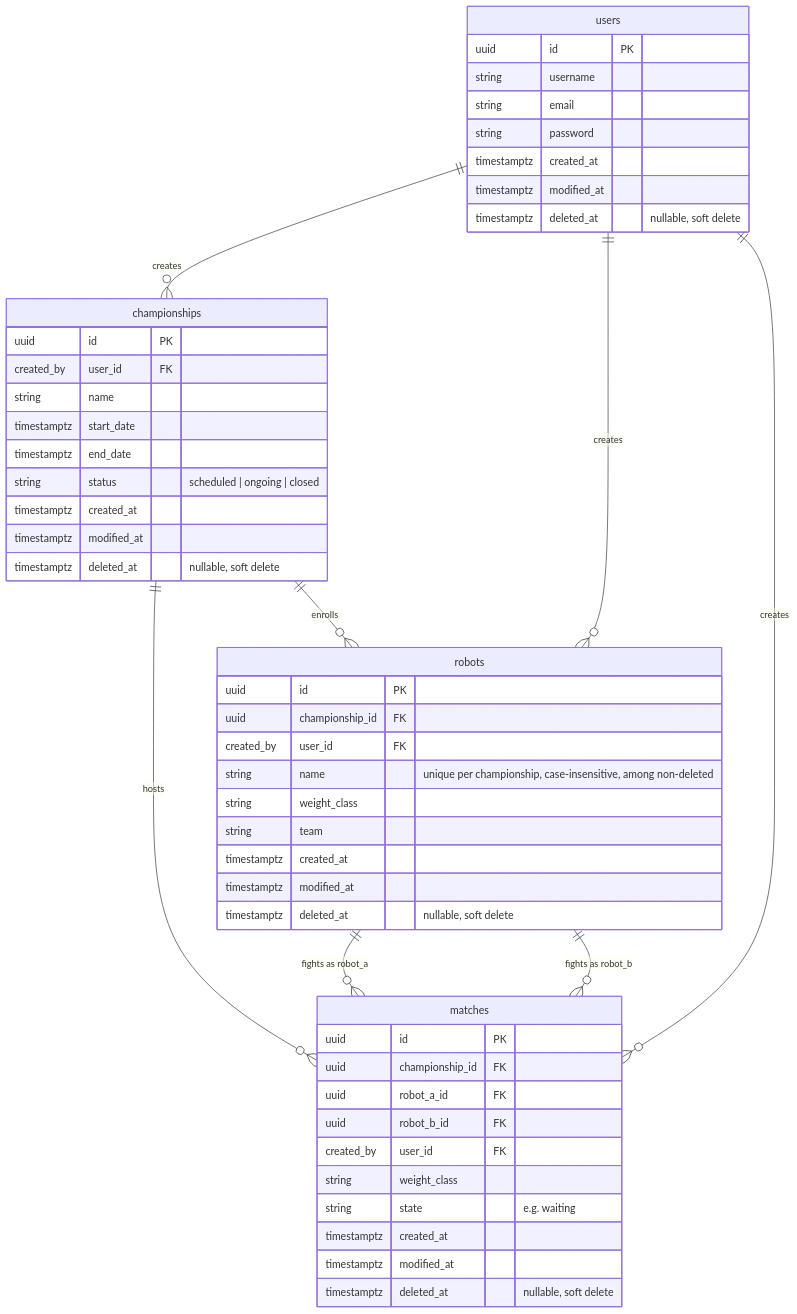
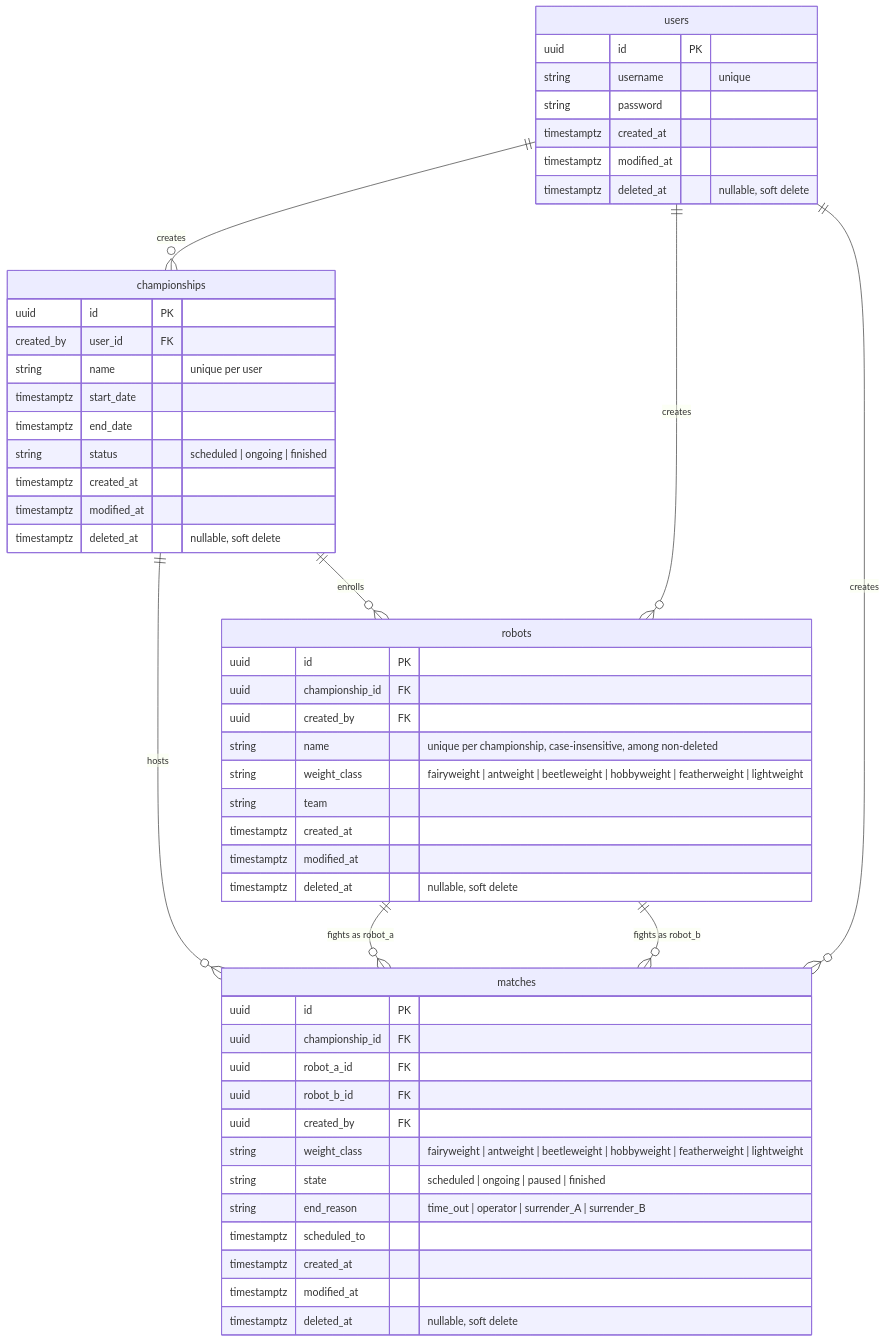
One commit to UTFPR-Oficinas-2/crossliseu changed the diagram in docs/database-model.md. Above: the diagram before and after it, drawn with Mermaid.

````diff
--- a/docs/database-model.md
+++ b/docs/database-model.md
@@ -1,60 +1,61 @@
 ```mermaid
 ---
 config:
   theme: default
   look: classic
   layout: dagre
 ---
 erDiagram
   championships ||--o{ robots : "enrolls"
   championships ||--o{ matches : "hosts"
   robots ||--o{ matches : "fights as robot_a"
   robots ||--o{ matches : "fights as robot_b"
   users ||--o{ championships : creates
   users ||--o{ matches : creates
   users ||--o{ robots : creates
 
   users {
     uuid id PK
-    string username
-    string email
+    string username "unique"
     string password
     timestamptz created_at
     timestamptz modified_at
     timestamptz deleted_at "nullable, soft delete"
   }
   championships {
     uuid id PK
     created_by user_id FK
-    string name
+    string name "unique per user"
     timestamptz start_date
     timestamptz end_date
-    string status "scheduled | ongoing | closed"
+    string status "scheduled | ongoing | finished"
     timestamptz created_at
     timestamptz modified_at
     timestamptz deleted_at "nullable, soft delete"
   }
   robots {
     uuid id PK
     uuid championship_id FK
-    created_by user_id FK
+    uuid created_by FK
     string name "unique per championship, case-insensitive, among non-deleted"
-    string weight_class
+    string weight_class "fairyweight | antweight | beetleweight | hobbyweight | featherweight | lightweight"
     string team
     timestamptz created_at
     timestamptz modified_at
     timestamptz deleted_at "nullable, soft delete"
   }
   matches {
     uuid id PK
     uuid championship_id FK
     uuid robot_a_id FK
     uuid robot_b_id FK
-    created_by user_id FK
-    string weight_class
-    string state "e.g. waiting"
+    uuid created_by FK
+    string weight_class "fairyweight | antweight | beetleweight | hobbyweight | featherweight | lightweight"
+    string state "scheduled | ongoing | paused | finished"
+    string end_reason "time_out | operator | surrender_A | surrender_B"
+    timestamptz scheduled_to
     timestamptz created_at
     timestamptz modified_at
     timestamptz deleted_at "nullable, soft delete"
   }
 ```
````
